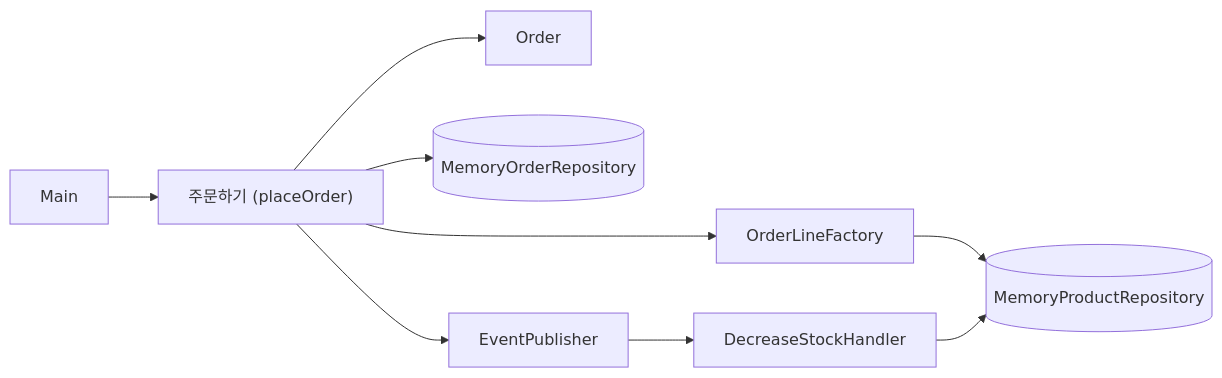
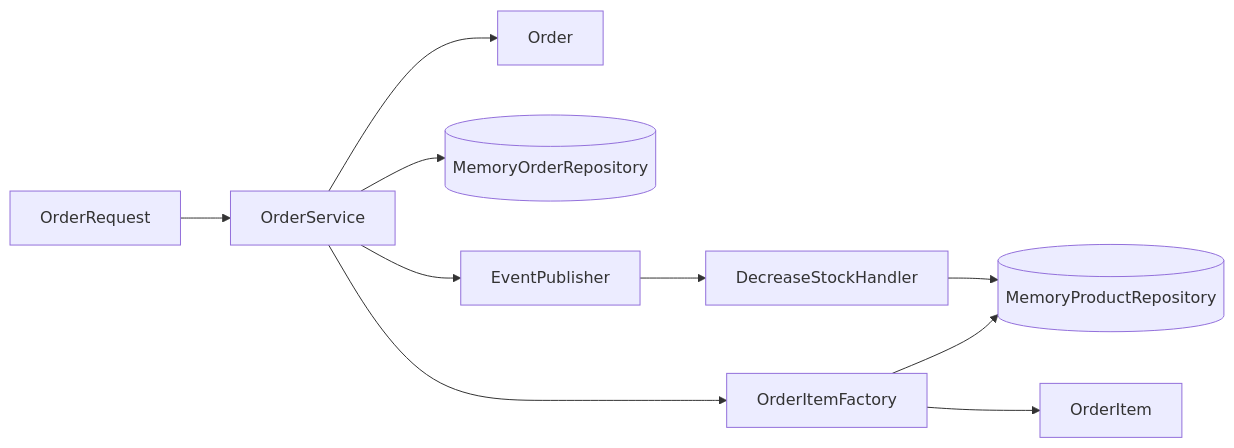
One commit to busan-bank-2026/ddd-example changed the first of 9 diagrams in .projectcode/wiki/scenarios.md. Above: the diagram before and after it, drawn with Mermaid. The commit also changed other lines of this file and 5 other files, not shown here.

````diff
--- a/.projectcode/wiki/scenarios.md
+++ b/.projectcode/wiki/scenarios.md
@@ -9,11 +11,12 @@
 ```mermaid
 flowchart LR
-  A[Main] --> B["주문하기 (placeOrder)"]
-  B --> C[OrderLineFactory]
+  A[OrderRequest] --> B[OrderService]
+  B --> C[OrderItemFactory]
   C --> D[(MemoryProductRepository)]
-  B --> E[Order]
-  B --> F[(MemoryOrderRepository)]
-  B --> G[EventPublisher]
-  G --> H[DecreaseStockHandler]
-  H --> D
+  C --> E[OrderItem]
+  B --> F[Order]
+  B --> G[(MemoryOrderRepository)]
+  B --> H[EventPublisher]
+  H --> I[DecreaseStockHandler]
+  I --> D
 ```
````
